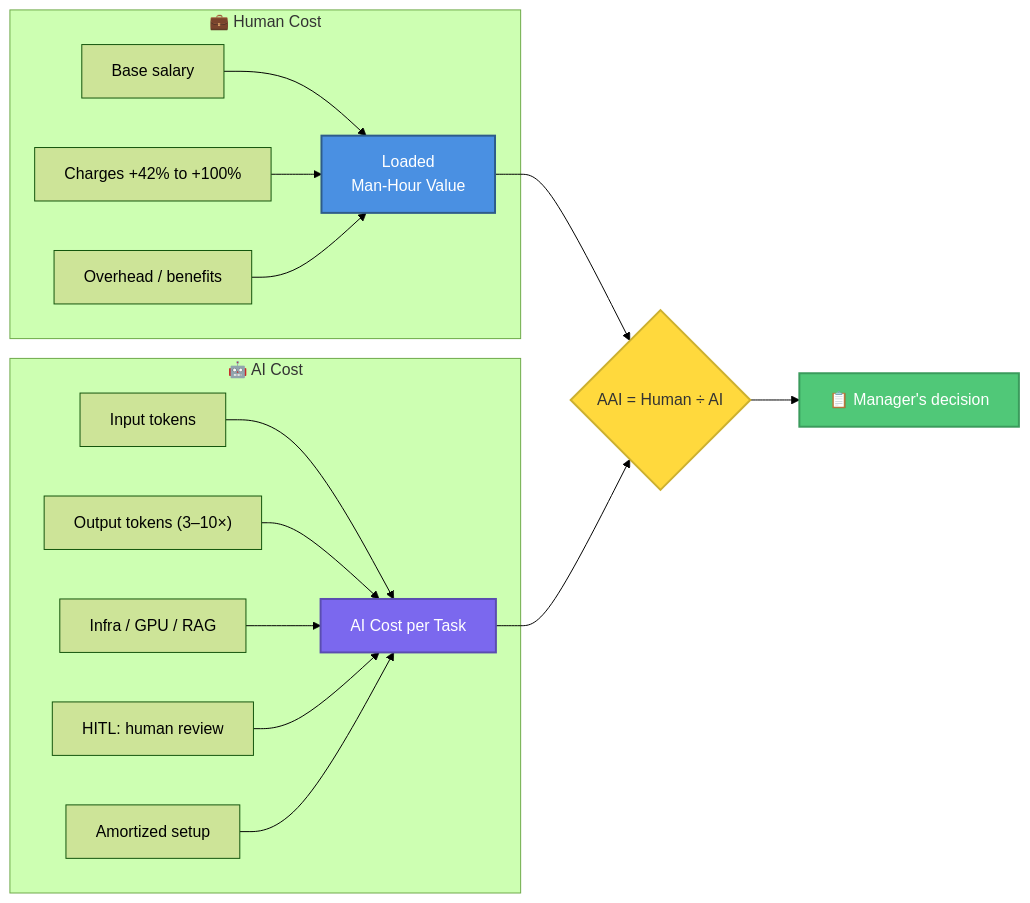
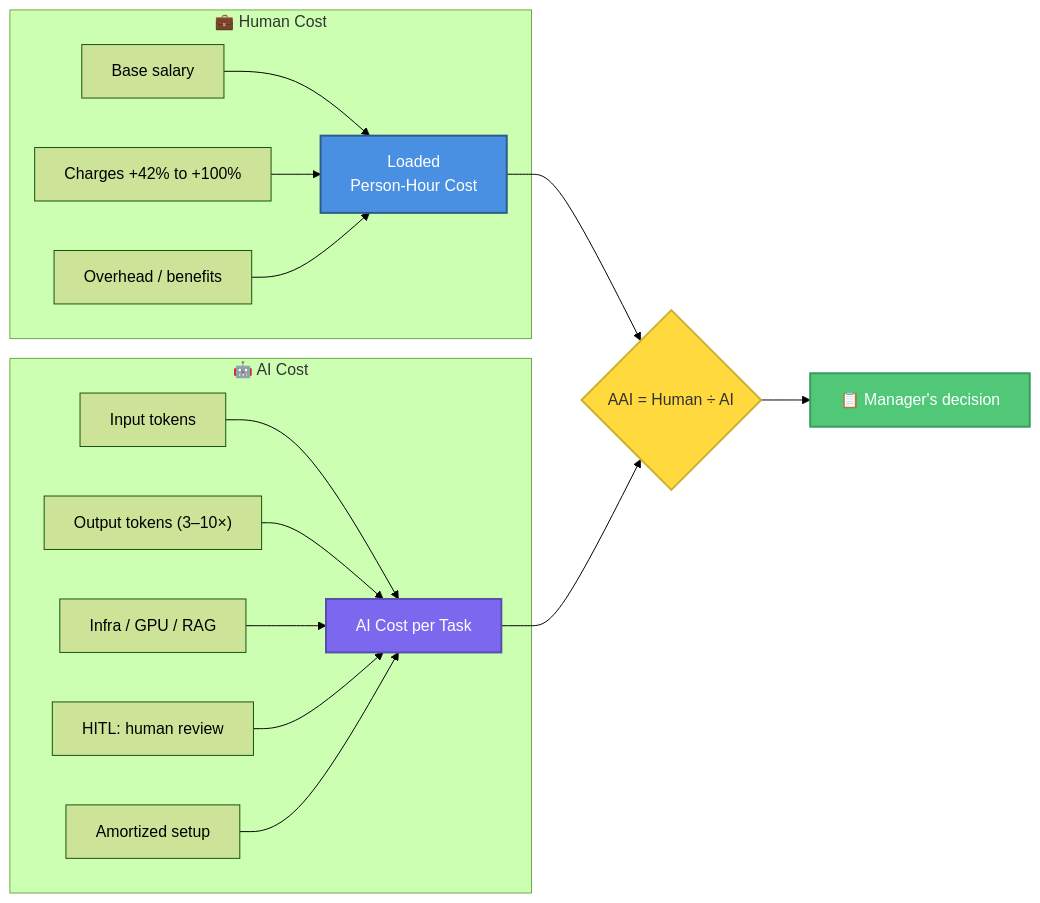
One commit to fabioharams/hubsp-ai-skill changed the second of 5 diagrams in references/03-roi-ai-vs-man-hour.md. Above: the diagram before and after it, drawn with Mermaid (forest theme). The commit also changed other lines of this file and 5 other files, not shown here.

````diff
--- a/references/03-roi-ai-vs-man-hour.md
+++ b/references/03-roi-ai-vs-man-hour.md
@@ -122,33 +126,33 @@
 ```mermaid
 graph LR
     subgraph HUMAN["💼 Human Cost"]
         H1["Base salary"]
         H2["Charges +42% to +100%"]
         H3["Overhead / benefits"]
-        H1 --> HT["Loaded<br/>Man-Hour Value"]
+        H1 --> HT["Loaded<br/>Person-Hour Cost"]
         H2 --> HT
         H3 --> HT
     end
 
     subgraph AI["🤖 AI Cost"]
         I1["Input tokens"]
         I2["Output tokens (3–10×)"]
         I3["Infra / GPU / RAG"]
         I4["HITL: human review"]
         I5["Amortized setup"]
         I1 --> IT["AI Cost per Task"]
         I2 --> IT
         I3 --> IT
         I4 --> IT
         I5 --> IT
     end
 
     HT --> DEC{"AAI = Human ÷ AI"}
     IT --> DEC
     DEC --> R["📋 Manager's decision"]
 
     style HT fill:#4A90E2,stroke:#2E5C8A,color:#fff,stroke-width:2px
     style IT fill:#7B68EE,stroke:#5A4DB0,color:#fff,stroke-width:2px
     style DEC fill:#FFD93D,stroke:#CCB030,color:#333,stroke-width:2px
     style R fill:#50C878,stroke:#3A9B5C,color:#fff,stroke-width:2px
 ```
````
